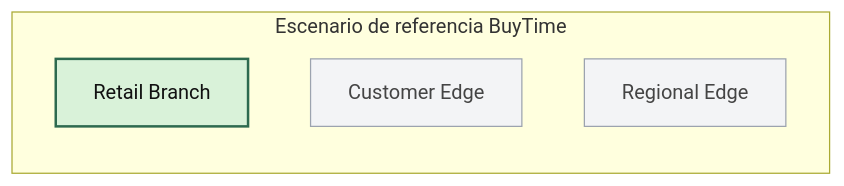
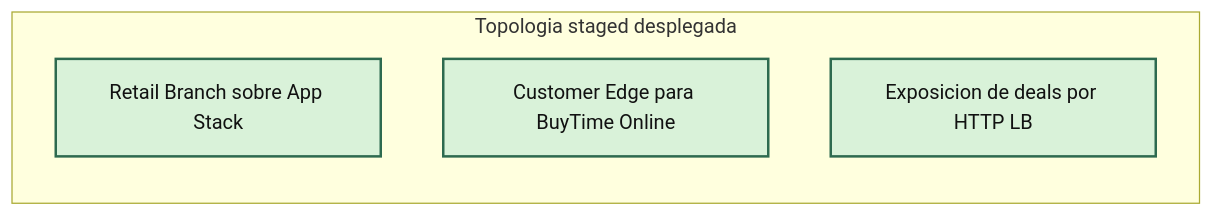
Before and after one commit to ocpdata/xcawsedgedemoguide: the second of 15 diagrams in descripcion.md, drawn with Mermaid. The commit also changed other lines of this file, not shown here.

Commit message:
docs: refine deploy topology diagrams

````diff
--- a/descripcion.md
+++ b/descripcion.md
@@ -113,15 +113,15 @@
 ```mermaid
 flowchart LR
-    subgraph FULL[Escenario de referencia BuyTime]
-        RB[Retail Branch]
-        CE[Customer Edge]
-        RE[Regional Edge]
+    subgraph FULL[Topologia staged desplegada]
+        RB[Retail Branch sobre App Stack]
+        CE[Customer Edge para BuyTime Online]
+        RE[Exposicion de deals por HTTP LB]
     end
 
     RB:::implemented
-    CE:::notimplemented
-    RE:::notimplemented
+    CE:::implemented
+    RE:::implemented
 
     classDef implemented fill:#d9f2d9,stroke:#2d6a4f,stroke-width:2px,color:#111;
-    classDef notimplemented fill:#f3f4f6,stroke:#9ca3af,stroke-width:1px,color:#444;
+
 ```
````
